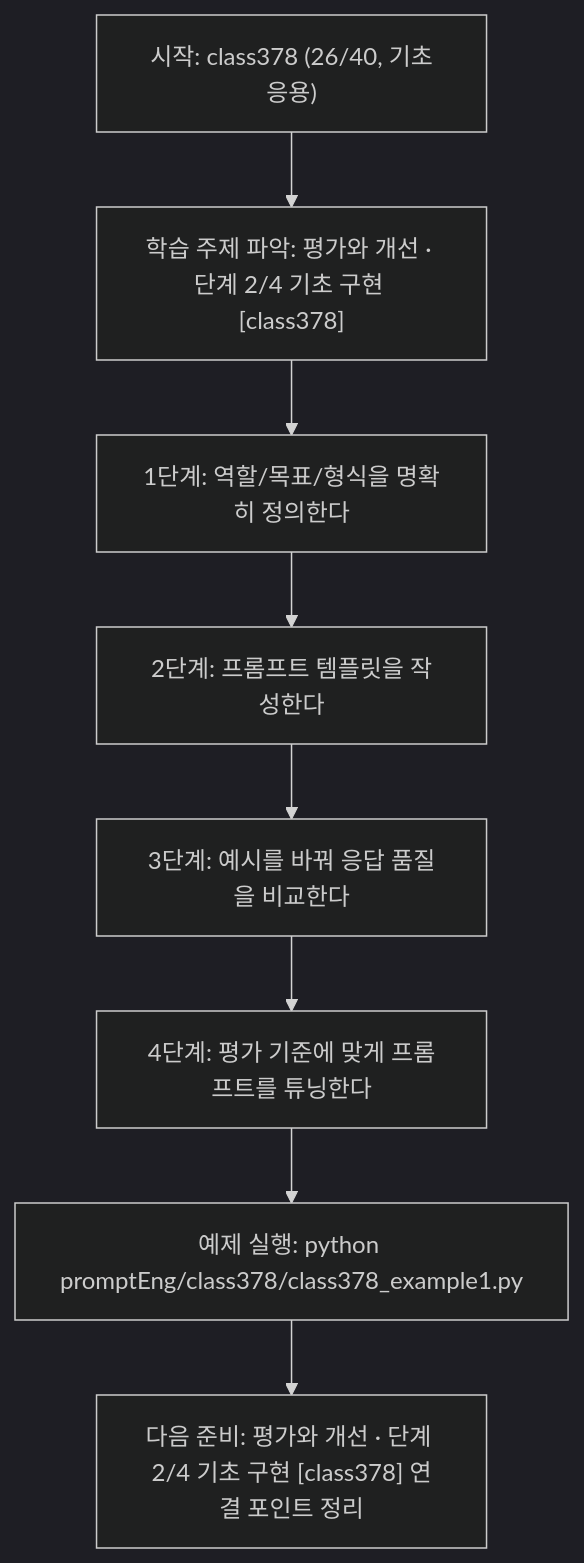
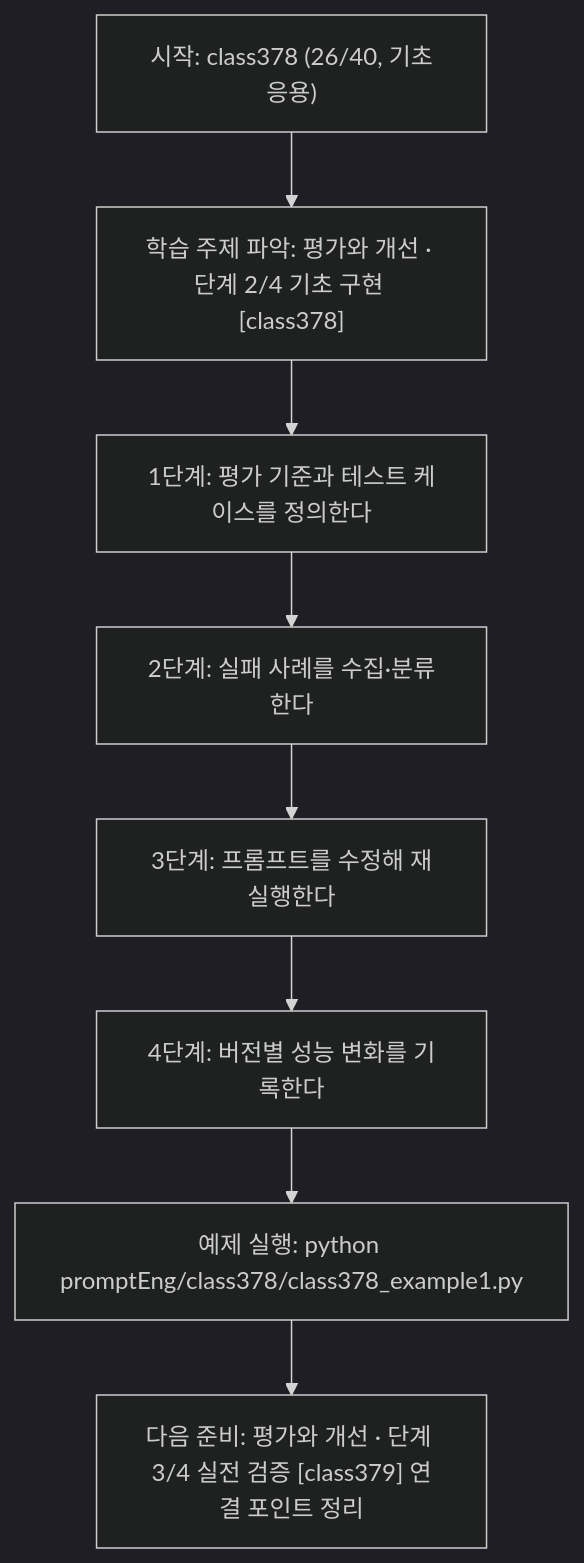
The diagram in promptEng/class378/class378.md (edumgt/Python-AI_Agent-Class), drawn with Mermaid (dark theme) before and after one commit. The commit also changed other lines of this file and 283 other files, not shown here.

````diff
--- a/promptEng/class378/class378.md
+++ b/promptEng/class378/class378.md
@@ -109,18 +91,18 @@
 ```mermaid
 flowchart TD
 N1["시작: class378 (26/40, 기초응용)"]
 N2["학습 주제 파악: 평가와 개선 · 단계 2/4 기초 구현 [class378]"]
-N3["1단계: 역할/목표/형식을 명확히 정의한다"]
-N4["2단계: 프롬프트 템플릿을 작성한다"]
-N5["3단계: 예시를 바꿔 응답 품질을 비교한다"]
-N6["4단계: 평가 기준에 맞게 프롬프트를 튜닝한다"]
+N3["1단계: 평가 기준과 테스트 케이스를 정의한다"]
+N4["2단계: 실패 사례를 수집·분류한다"]
+N5["3단계: 프롬프트를 수정해 재실행한다"]
+N6["4단계: 버전별 성능 변화를 기록한다"]
 N7["예제 실행: python promptEng/class378/class378_example1.py"]
-N8["다음 준비: 평가와 개선 · 단계 2/4 기초 구현 [class378] 연결 포인트 정리"]
+N8["다음 준비: 평가와 개선 · 단계 3/4 실전 검증 [class379] 연결 포인트 정리"]
 N1 --> N2
 N2 --> N3
 N3 --> N4
 N4 --> N5
 N5 --> N6
 N6 --> N7
 N7 --> N8
 ```
````
